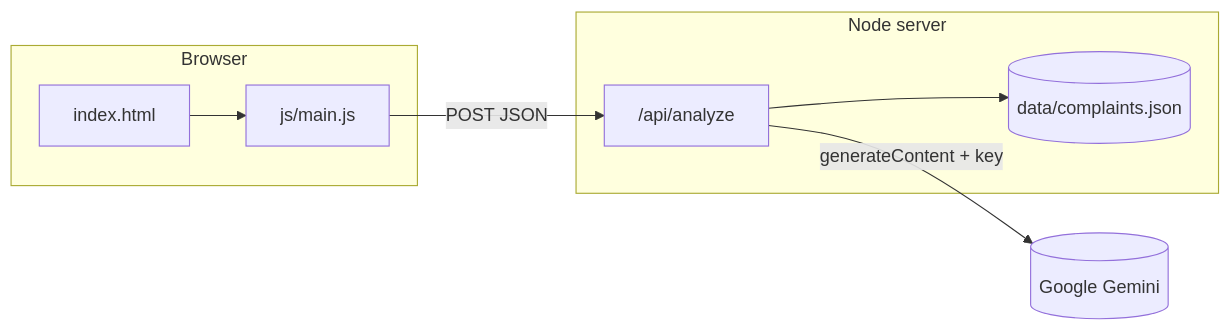
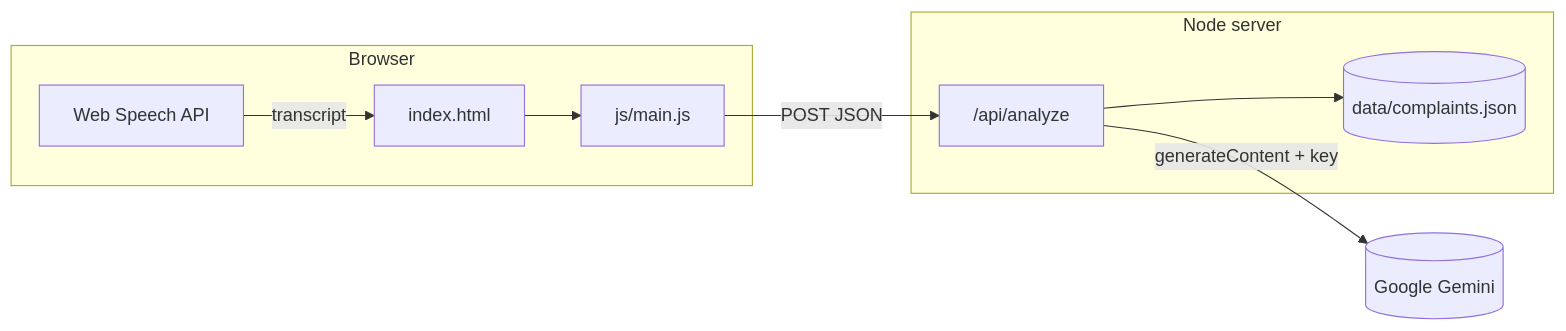
The diagram in README.md (MohammadUsman00/AWAAZ-AI), drawn with Mermaid before and after one commit. The commit also changed other lines of this file and 7 other files, not shown here.

````diff
--- a/README.md
+++ b/README.md
@@ -97,15 +102,17 @@
 ```mermaid
 flowchart LR
   subgraph client [Browser]
     HTML[index.html]
     JS[js/main.js]
+    VOICE[Web Speech API]
   end
   subgraph server [Node server]
     API["/api/analyze"]
     STORE[(data/complaints.json)]
   end
+  VOICE -->|transcript| HTML
   HTML --> JS
   JS -->|POST JSON| API
   API -->|generateContent + key| GEMINI[(Google Gemini)]
   API --> STORE
 ```
````
